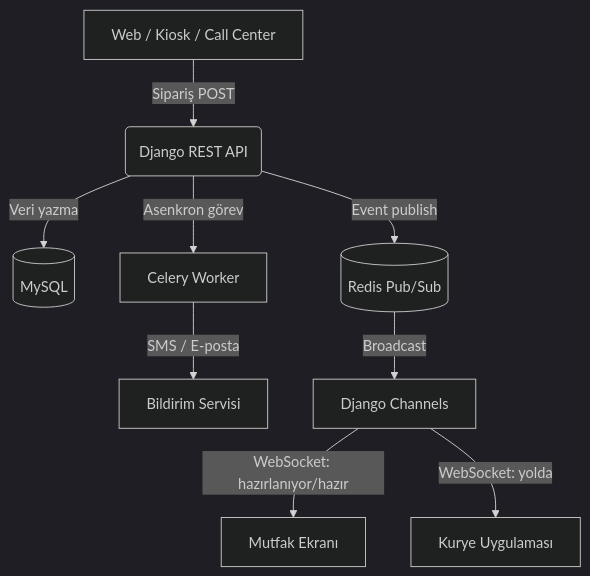
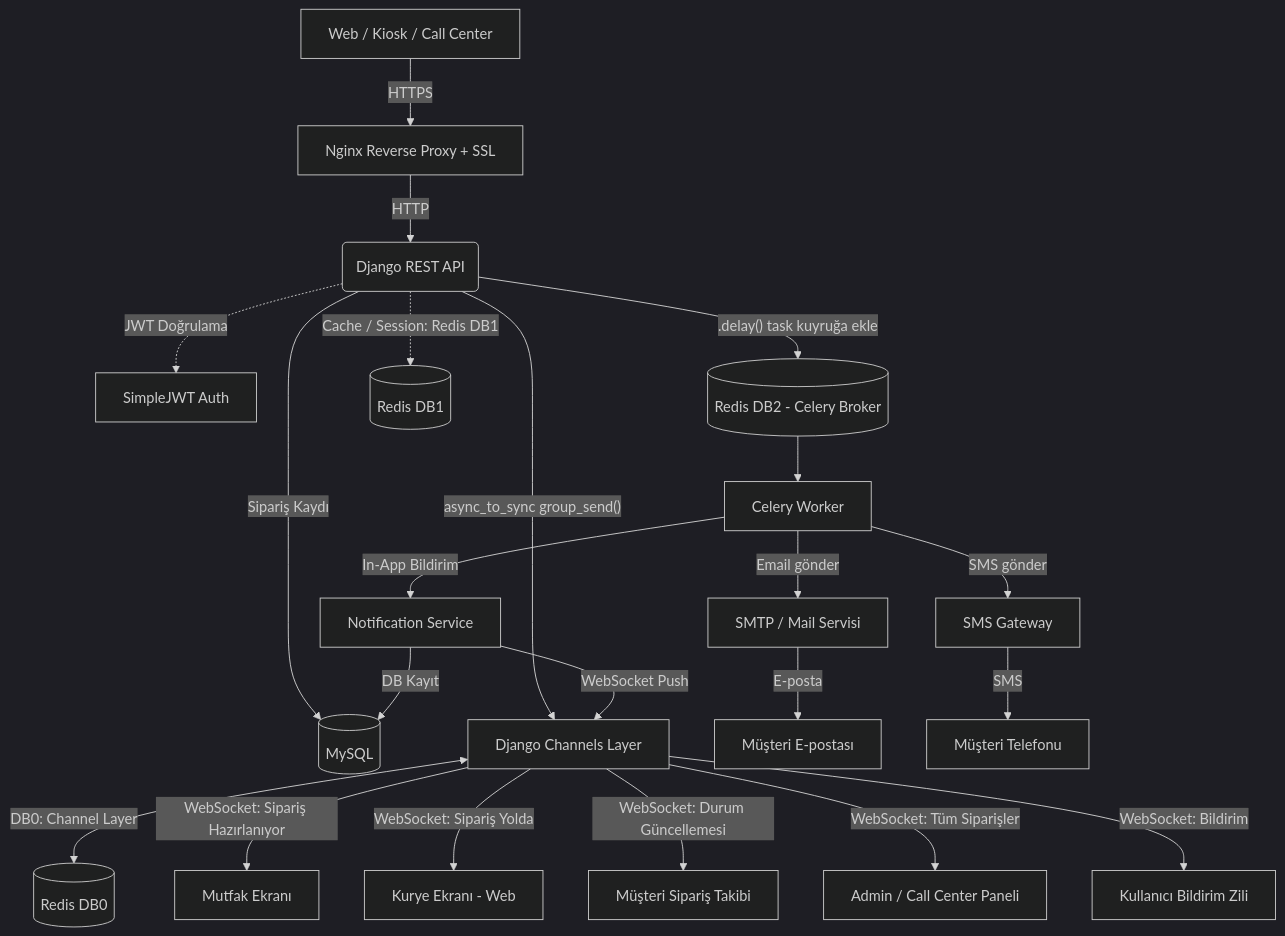
One commit to colonel51/colonel51 changed the third of 4 diagrams in README.md. Above: the diagram before and after it, drawn with Mermaid (dark theme). The commit also changed other lines of this file, not shown here.

Commit message:
Replace flagship diagrams with more detailed architecture flows (auth, cache/session DBs, dual notification paths)

````diff
--- a/README.md
+++ b/README.md
@@ -186,11 +223,36 @@
 ```mermaid
 graph TD
-    Client[Web / Kiosk / Call Center] -->|Sipariş POST| API(Django REST API)
-    API -->|Veri yazma| DB[(MySQL)]
-    API -->|Asenkron görev| Celery[Celery Worker]
-    API -->|Event publish| Redis[(Redis Pub/Sub)]
-    Celery -->|SMS / E-posta| Notif[Bildirim Servisi]
-    Redis -->|Broadcast| Channels[Django Channels]
-    Channels -->|WebSocket: hazırlanıyor/hazır| Kitchen[Mutfak Ekranı]
-    Channels -->|WebSocket: yolda| Courier[Kurye Uygulaması]
+    %% Kullanıcı Arayüzleri
+    Client[Web / Kiosk / Call Center] -->|HTTPS| Nginx[Nginx Reverse Proxy + SSL]
+    Nginx -->|HTTP| API(Django REST API)
+
+    %% Kimlik Doğrulama
+    API -.->|JWT Doğrulama| Auth[SimpleJWT Auth]
+
+    %% Veri Katmanı
+    API -->|Sipariş Kaydı| DB[(MySQL)]
+
+    %% 1) ANLIK YAYIN - Celery'den bağımsız, senkron
+    API -->|"async_to_sync group_send()"| ChannelLayer[Django Channels Layer]
+    ChannelLayer <-->|DB0: Channel Layer| Redis0[(Redis DB0)]
+    ChannelLayer -->|WebSocket: Sipariş Hazırlanıyor| Kitchen[Mutfak Ekranı]
+    ChannelLayer -->|WebSocket: Sipariş Yolda| Courier[Kurye Ekranı - Web]
+    ChannelLayer -->|WebSocket: Durum Güncellemesi| CustomerWS[Müşteri Sipariş Takibi]
+    ChannelLayer -->|WebSocket: Tüm Siparişler| AdminWS[Admin / Call Center Paneli]
+
+    %% 2) ASENKRON BİLDİRİM - Celery üzerinden
+    API -->|".delay() task kuyruğa ekle"| Broker[(Redis DB2 - Celery Broker)]
+    Broker --> Celery[Celery Worker]
+    Celery -->|Email gönder| Mail[SMTP / Mail Servisi]
+    Celery -->|SMS gönder| SMSGW[SMS Gateway]
+    Celery -->|In-App Bildirim| NotifSvc[Notification Service]
+    NotifSvc -->|DB Kayıt| DB
+    NotifSvc -->|WebSocket Push| ChannelLayer
+    ChannelLayer -->|WebSocket: Bildirim| UserBell[Kullanıcı Bildirim Zili]
+
+    Mail -->|E-posta| CustomerInbox[Müşteri E-postası]
+    SMSGW -->|SMS| CustomerPhone[Müşteri Telefonu]
+
+    %% Cache/Session
+    API -.->|Cache / Session: Redis DB1| Redis1[(Redis DB1)]
 ```
````
